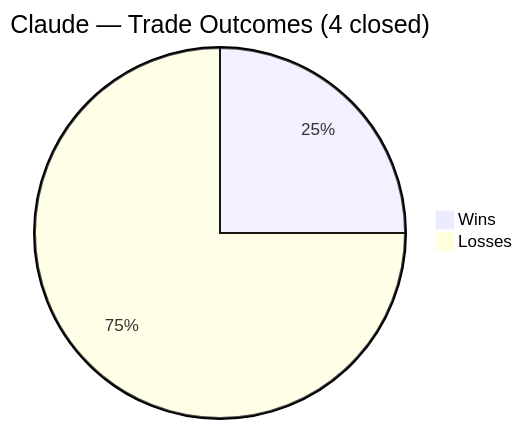
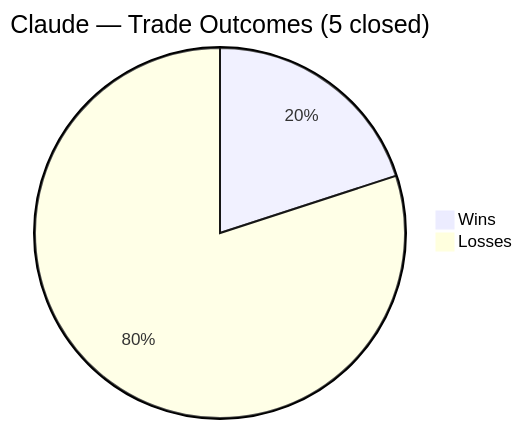
Before and after one commit to zachisit/ai-auto-buy-thesis: the third of 5 diagrams in README.md, drawn with Mermaid. The commit also changed other lines of this file and 4 other files, not shown here.

````diff
--- a/README.md
+++ b/README.md
@@ -47,5 +47,5 @@
 ```mermaid
-pie title Claude — Trade Outcomes (4 closed)
+pie title Claude — Trade Outcomes (5 closed)
     "Wins" : 1
-    "Losses" : 3
+    "Losses" : 4
 ```
````
